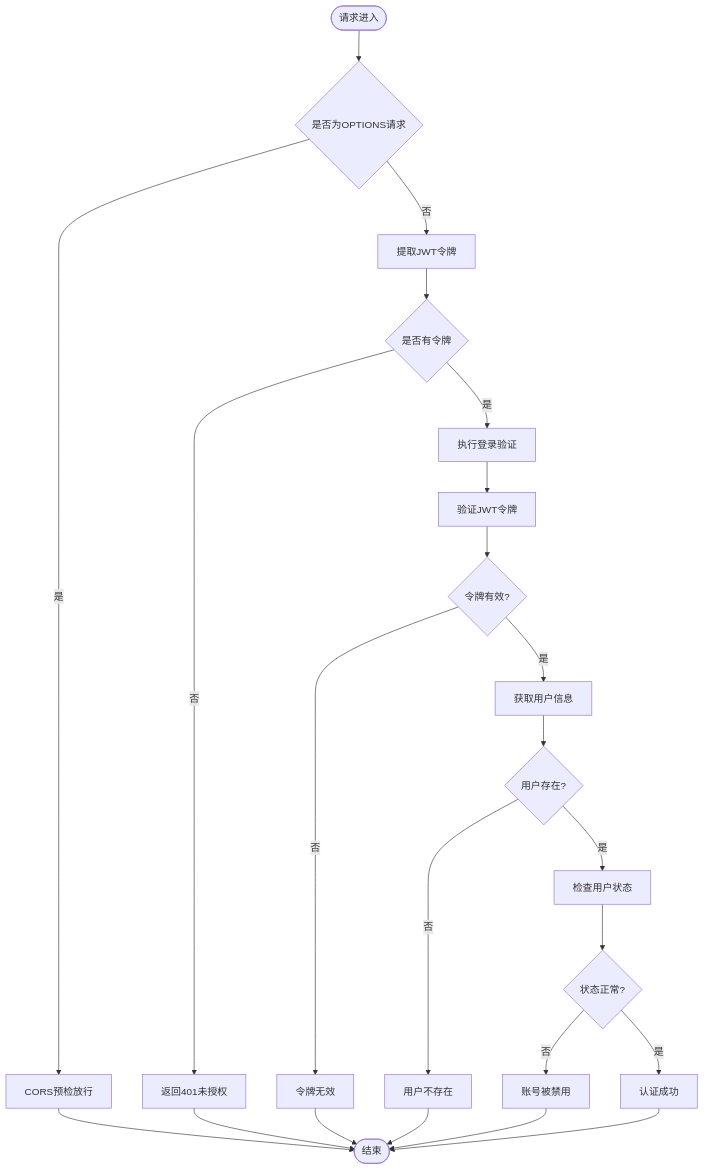
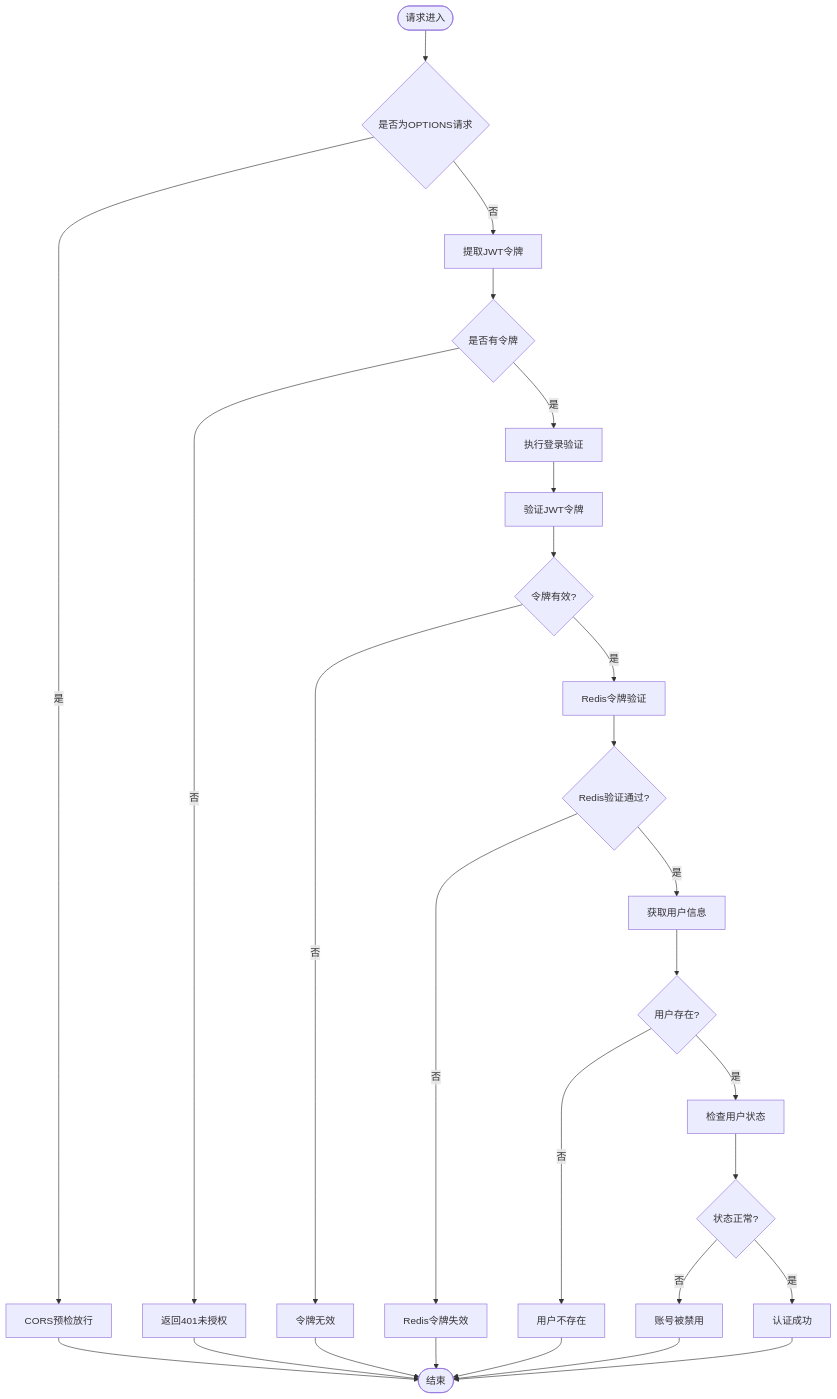
One commit to 20164206160/zhishilu changed the sixth of 9 diagrams in .qoder/repowiki/zh/content/系统架构/安全架构设计.md. Above: the diagram before and after it, drawn with Mermaid. The commit also changed other lines of this file and 28 other files, not shown here.

````diff
--- a/.qoder/repowiki/zh/content/系统架构/安全架构设计.md
+++ b/.qoder/repowiki/zh/content/系统架构/安全架构设计.md
@@ -253,25 +276,29 @@
 ```mermaid
 flowchart TD
 Start([请求进入]) --> CheckMethod{是否为OPTIONS请求}
 CheckMethod --> |是| Allow[CORS预检放行]
 CheckMethod --> |否| ExtractToken[提取JWT令牌]
 ExtractToken --> HasToken{是否有令牌}
 HasToken --> |否| Unauthorized[返回401未授权]
 HasToken --> |是| ExecuteLogin[执行登录验证]
 ExecuteLogin --> ValidateToken[验证JWT令牌]
 ValidateToken --> TokenValid{令牌有效?}
 TokenValid --> |否| TokenError[令牌无效]
-TokenValid --> |是| GetUser[获取用户信息]
+TokenValid --> |是| ValidateRedis[Redis令牌验证]
+ValidateRedis --> RedisValid{Redis验证通过?}
+RedisValid --> |否| RedisError[Redis令牌失效]
+RedisValid --> |是| GetUser[获取用户信息]
 GetUser --> UserExists{用户存在?}
 UserExists --> |否| UserError[用户不存在]
 UserExists --> |是| CheckStatus[检查用户状态]
 CheckStatus --> StatusActive{状态正常?}
 StatusActive --> |否| StatusError[账号被禁用]
 StatusActive --> |是| Success[认证成功]
 Allow --> End([结束])
 Unauthorized --> End
 TokenError --> End
+RedisError --> End
 UserError --> End
 StatusError --> End
 Success --> End
 ```
````
